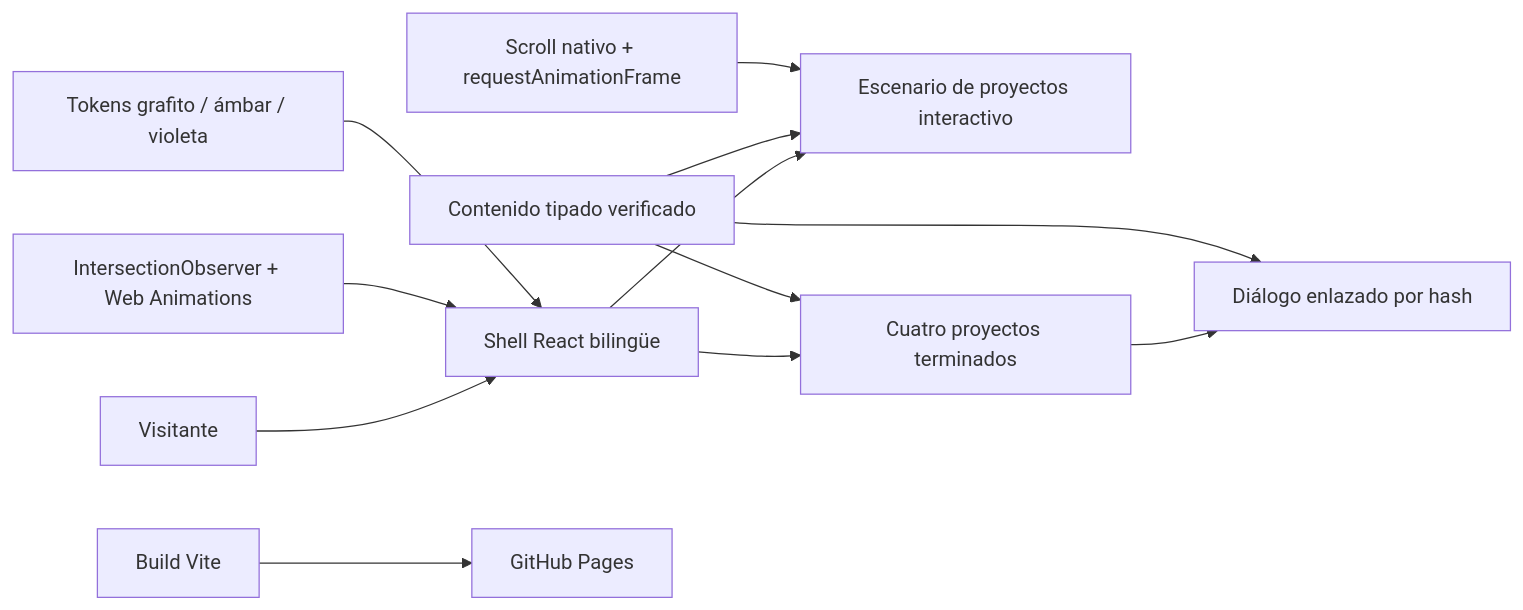
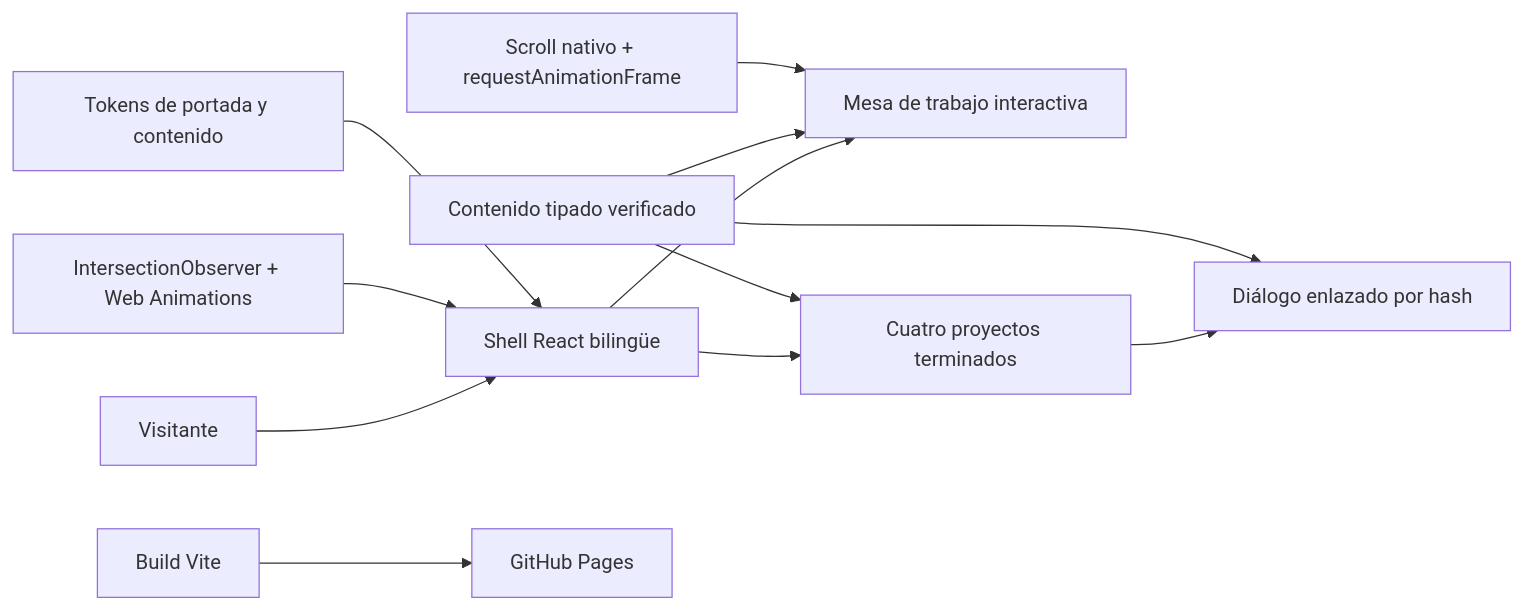
One commit to kevin0018/portfolio changed the diagram in README.es.md. Above: the diagram before and after it, drawn with Mermaid. The commit also changed other lines of this file and 14 other files, not shown here.

````diff
--- a/README.es.md
+++ b/README.es.md
@@ -37,14 +37,14 @@
 ```mermaid
 flowchart LR
   visitor["Visitante"] --> app["Shell React bilingüe"]
-  app --> hero["Escenario de proyectos interactivo"]
+  app --> hero["Mesa de trabajo interactiva"]
   app --> work["Cuatro proyectos terminados"]
   work --> cases["Diálogo enlazado por hash"]
   content["Contenido tipado verificado"] --> hero
   content --> work
   content --> cases
   scroll["Scroll nativo + requestAnimationFrame"] --> hero
   observer["IntersectionObserver + Web Animations"] --> app
-  tokens["Tokens grafito / ámbar / violeta"] --> app
+  tokens["Tokens de portada y contenido"] --> app
   vite["Build Vite"] --> pages["GitHub Pages"]
 ```
````
